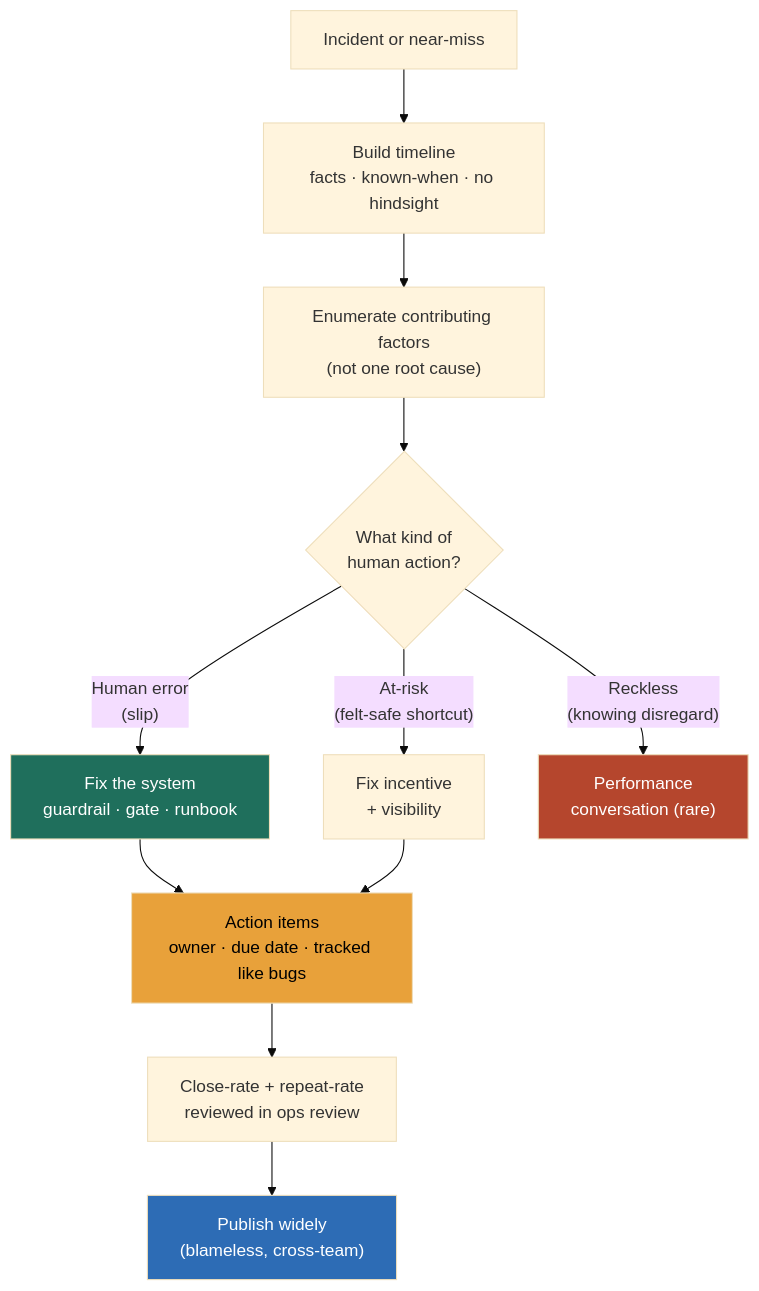
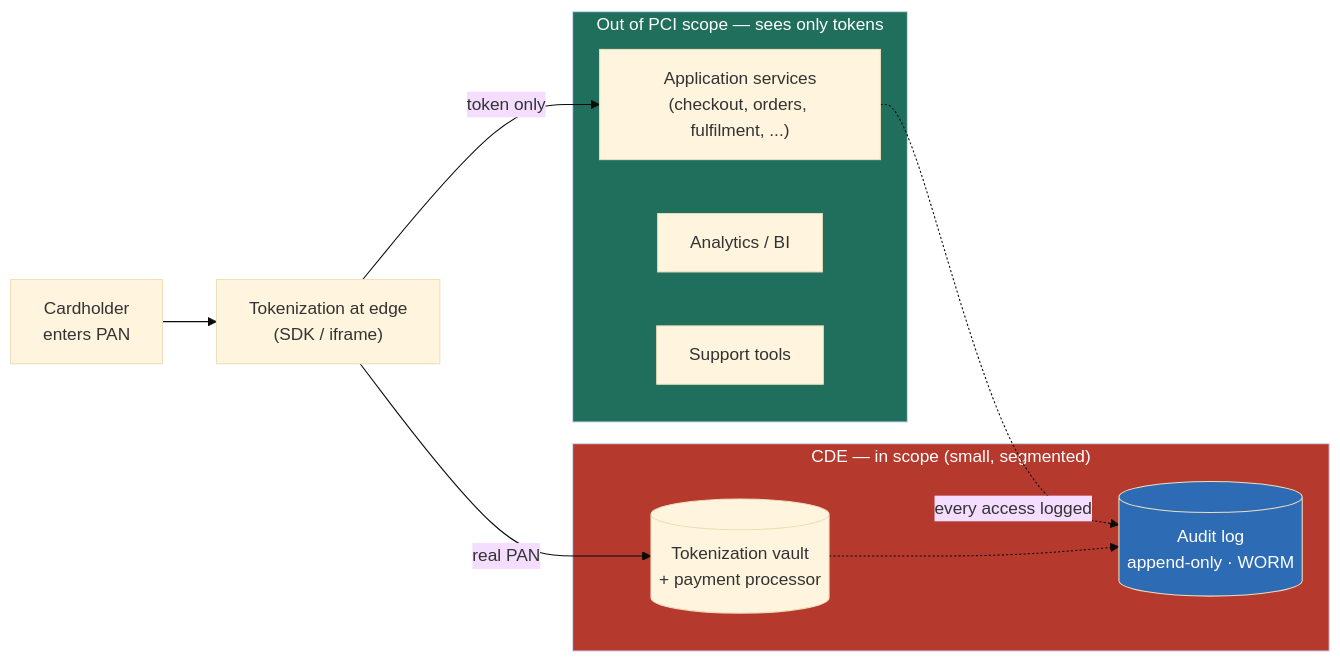
The diagram in src/content/docs/module-13/lesson-13-5.md (hkrathore/sysdesign-course), drawn with Mermaid (base theme) before and after one commit. The commit also changed other lines of this file and 84 other files, not shown here.

````diff
--- a/src/content/docs/module-13/lesson-13-5.md
+++ b/src/content/docs/module-13/lesson-13-5.md
@@ -71,17 +53,24 @@
 ```mermaid
-flowchart TB
-    INC["Incident or near-miss"] --> TL["Build timeline<br/>facts · known-when · no hindsight"]
-    TL --> CF["Enumerate contributing factors<br/>(not one root cause)"]
-    CF --> Q{"What kind of<br/>human action?"}
-    Q -->|"Human error<br/>(slip)"| FIX["Fix the system<br/>guardrail · gate · runbook"]
-    Q -->|"At-risk<br/>(felt-safe shortcut)"| INCENT["Fix incentive<br/>+ visibility"]
-    Q -->|"Reckless<br/>(knowing disregard)"| ACCT["Performance<br/>conversation (rare)"]
-    FIX --> AI["Action items<br/>owner · due date · tracked like bugs"]
-    INCENT --> AI
-    AI --> CLOSE["Close-rate + repeat-rate<br/>reviewed in ops review"]
-    CLOSE --> SHARE["Publish widely<br/>(blameless, cross-team)"]
-    style FIX fill:#1f6f5c,color:#fff
-    style AI fill:#e8a13a,color:#000
-    style ACCT fill:#b5462d,color:#fff
-    style SHARE fill:#2d6cb5,color:#fff
+flowchart LR
+    USER["Cardholder<br/>enters PAN"] --> EDGE["Tokenization at edge<br/>(SDK / iframe)"]
+    EDGE -->|"token only"| APP["Application services<br/>(checkout, orders, fulfilment, ...)"]
+    EDGE -->|"real PAN"| VAULT[("Tokenization vault<br/>+ payment processor")]
+
+    subgraph OUT["Out of PCI scope — sees only tokens"]
+      APP
+      ANALYTICS["Analytics / BI"]
+      SUPPORT["Support tools"]
+    end
+
+    subgraph CDE["CDE — in scope (small, segmented)"]
+      VAULT
+      AUDIT[("Audit log<br/>append-only · WORM")]
+    end
+
+    APP -.->|"every access logged"| AUDIT
+    VAULT -.-> AUDIT
+
+    style CDE fill:#b5392d,color:#fff
+    style OUT fill:#1f6f5c,color:#fff
+    style AUDIT fill:#2d6cb5,color:#fff
 ```
````
